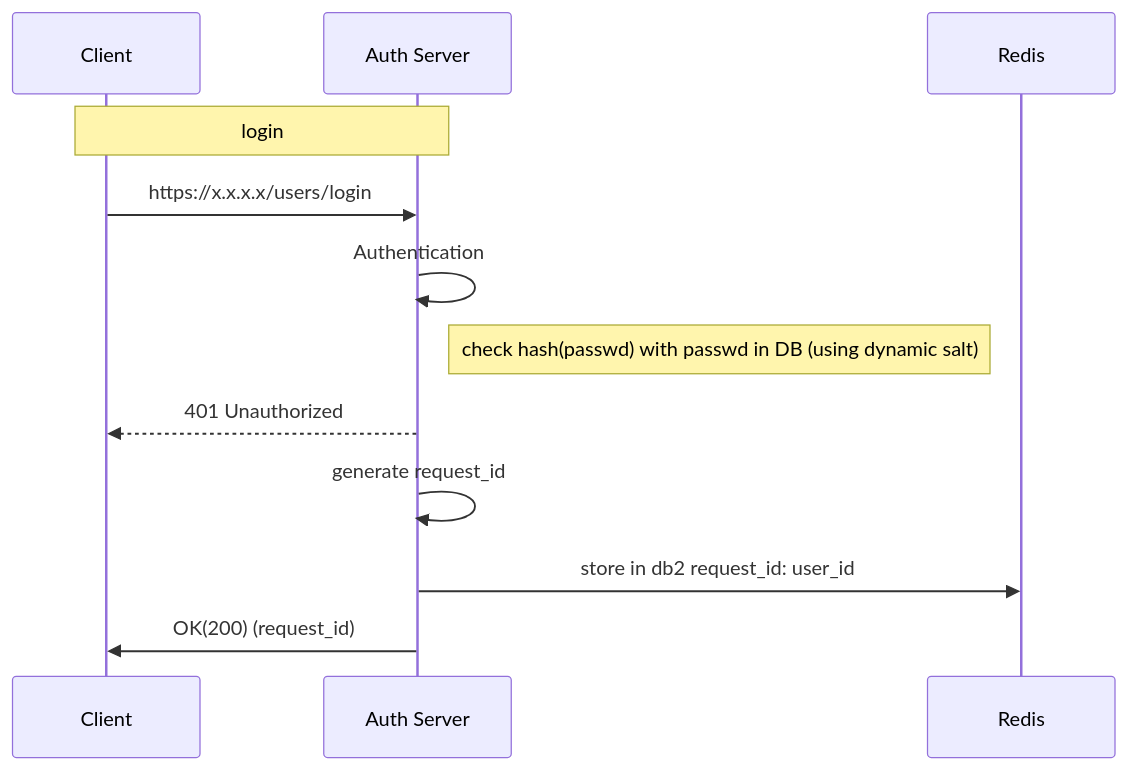
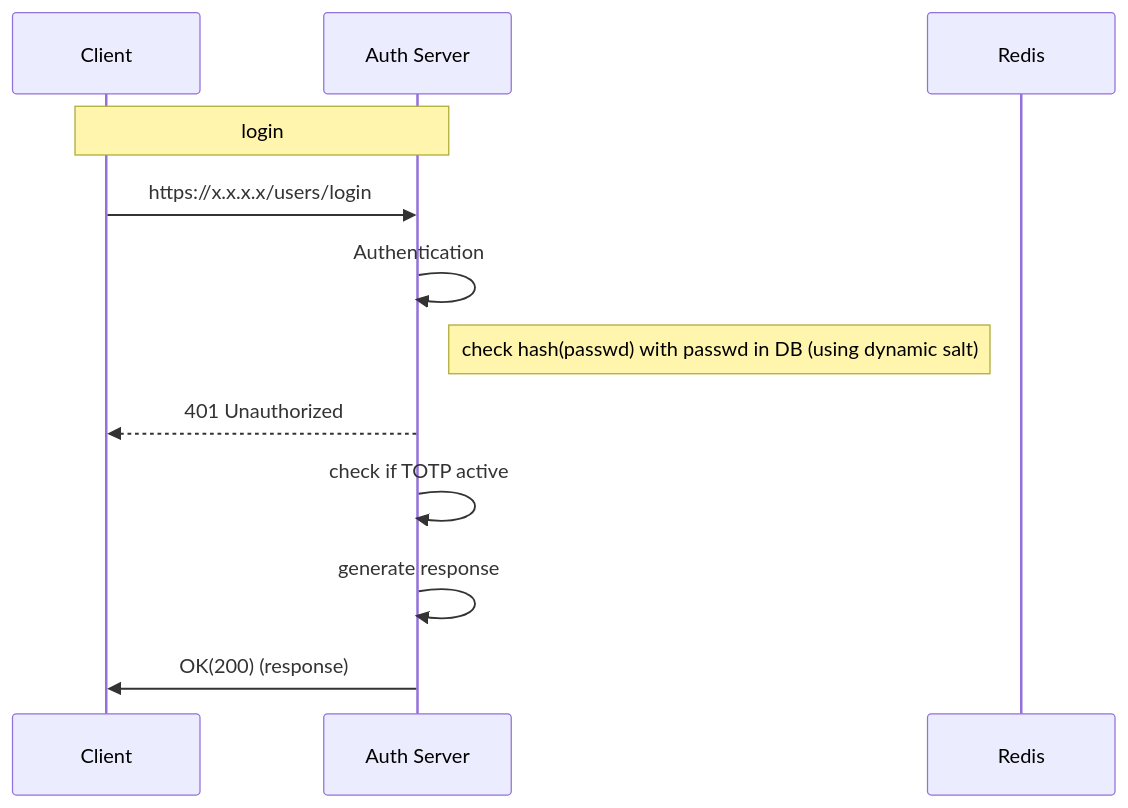
The diagram in Docs/1_users/2_login.md (veselij/Auth_sprint_6_team_5), drawn with Mermaid before and after one commit. The commit also changed other lines of this file and 16 other files, not shown here.

````diff
--- a/Docs/1_users/2_login.md
+++ b/Docs/1_users/2_login.md
@@ -1,15 +1,15 @@
 ```mermaid
 sequenceDiagram
     participant C as Client  
     participant S as Auth Server
     participant R as Redis
 
 	Note over C, S: login
 	C->>S: https://x.x.x.x/users/login
 	S->>S: Authentication
 	Note right of S: check hash(passwd) with passwd in DB (using dynamic salt)
 	S-->>C: 401 Unauthorized
-	S->>S: generate request_id
-	S->>R: store in db2 request_id: user_id
-	S->>C: OK(200) (request_id)
+	S->>S: check if TOTP active
+	S->>S: generate response
+	S->>C: OK(200) (response)
 ```
````
